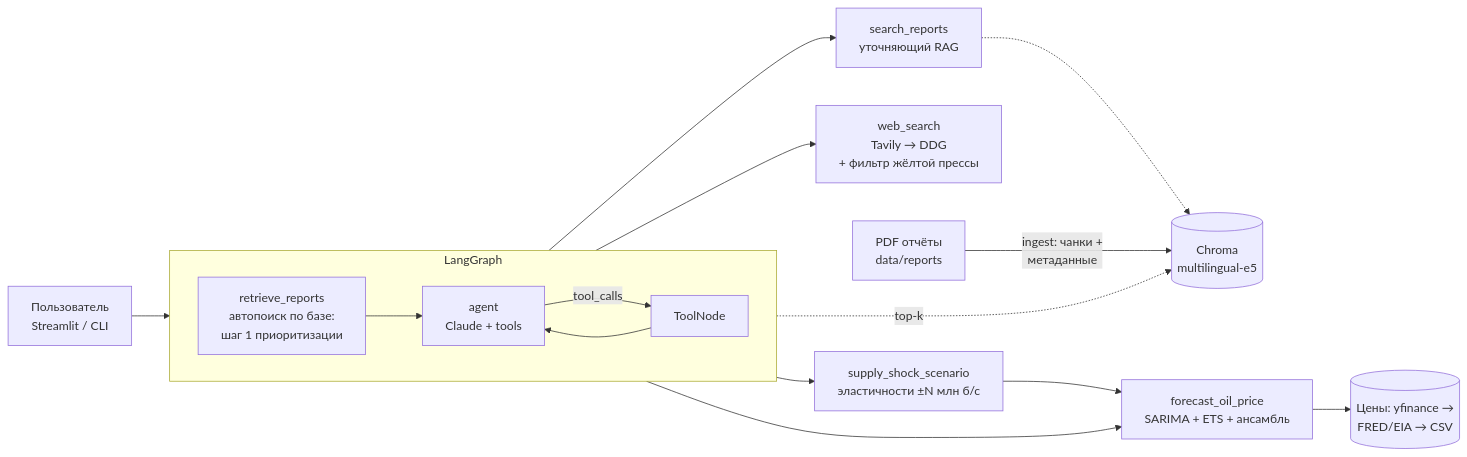
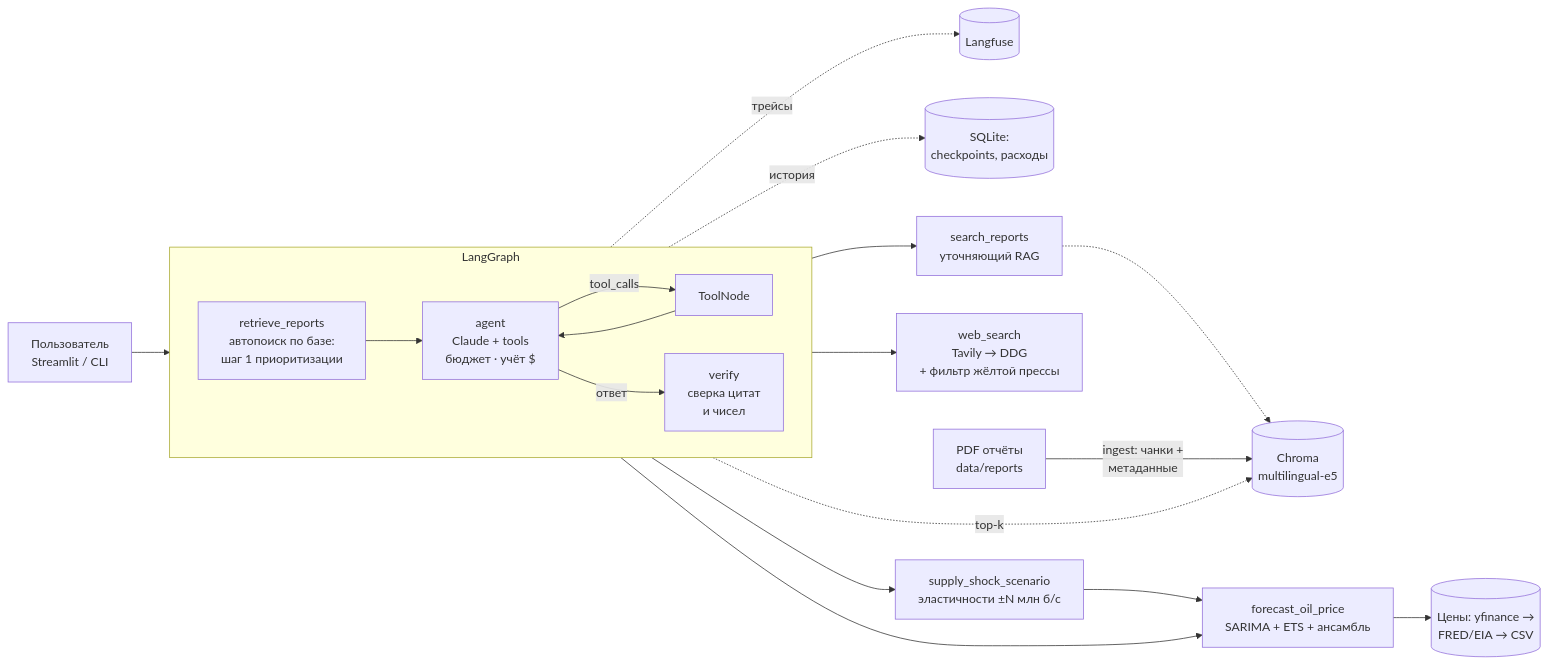
The diagram in README.md (fpakhurov/oil-gas-analyst), drawn with Mermaid before and after one commit. The commit also changed other lines of this file and 27 other files, not shown here.

````diff
--- a/README.md
+++ b/README.md
@@ -62,21 +75,24 @@
 ```mermaid
 flowchart LR
     U[Пользователь<br/>Streamlit / CLI] --> G
 
     subgraph G[LangGraph]
         direction LR
-        R[retrieve_reports<br/>автопоиск по базе:<br/>шаг 1 приоритизации] --> A[agent<br/>Claude + tools]
+        R[retrieve_reports<br/>автопоиск по базе:<br/>шаг 1 приоритизации] --> A[agent<br/>Claude + tools<br/>бюджет · учёт $]
         A -- tool_calls --> T[ToolNode]
         T --> A
+        A -- ответ --> VF[verify<br/>сверка цитат<br/>и чисел]
     end
+    G -. трейсы .-> LF[(Langfuse)]
+    G -. история .-> DB[(SQLite:<br/>checkpoints, расходы)]
 
     R -. top-k .-> V[(Chroma<br/>multilingual-e5)]
     T --> S1[search_reports<br/>уточняющий RAG]
     T --> S2[web_search<br/>Tavily → DDG<br/>+ фильтр жёлтой прессы]
     T --> S3[forecast_oil_price<br/>SARIMA + ETS + ансамбль]
     T --> S4[supply_shock_scenario<br/>эластичности ±N млн б/с]
     S1 -.-> V
     S3 --> P[(Цены: yfinance →<br/>FRED/EIA → CSV)]
     S4 --> S3
     PDF[PDF отчёты<br/>data/reports] -- ingest: чанки +<br/>метаданные --> V
 ```
````
